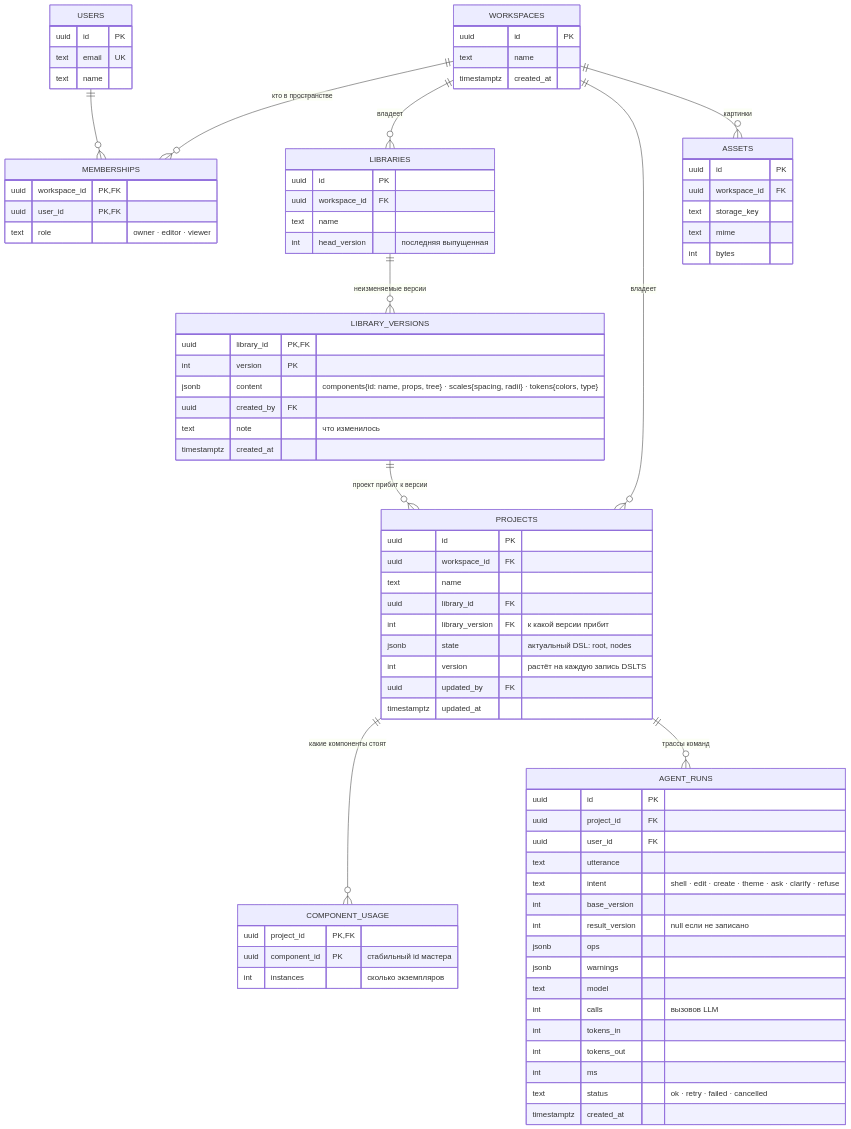
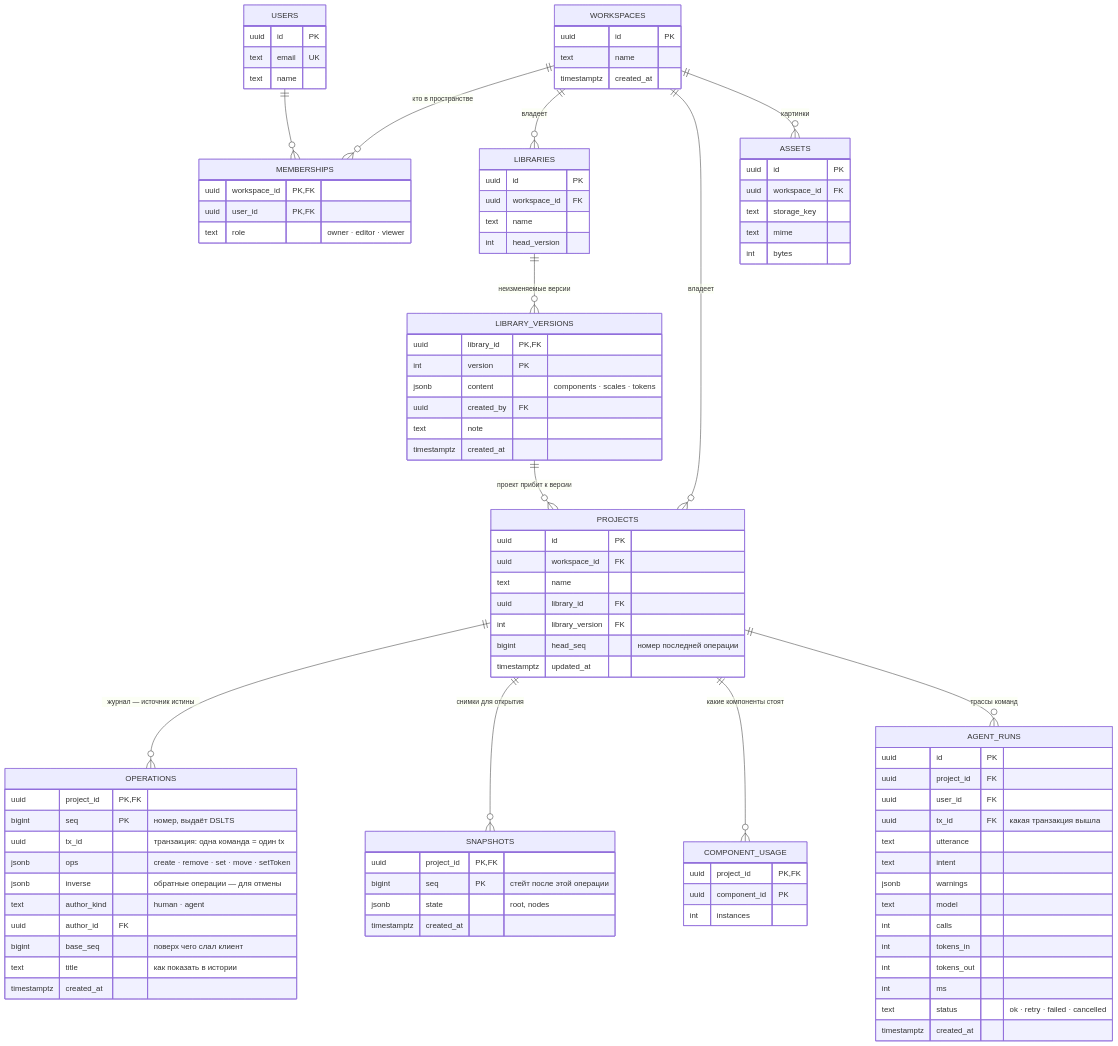
Before and after one commit to shinilornekora/Imago: the diagram in docs/06-схема-базы.mermaid, drawn with Mermaid. The commit also changed 2 other files, not shown here.

Commit message:
SPEC §8 и схемы: журнал операций вместо стейта — ради живой совместной работы
Пользователь пересмотрел решение: нужен быстрый отклик и «всё живое» для
нескольких человек. Журнал операций — источник истины, снимки — производная;
DSLTS — секвенсор: нумерует, перекладывает поверх опоздавших, дописывает,
рассылает; клиент применяет свои правки оптимистично, чужие — по мере прихода;
отмена — новая транзакция с обратными операциями; команды агента — в очередь
на проект. Схема базы: operations, snapshots, head_seq.

Claude-Session: https://claude.ai/code/session_01Pdjg2h5hxn7buaQJbkibpM

```diff
--- a/docs/06-схема-базы.mermaid
+++ b/docs/06-схема-базы.mermaid
@@ -1,81 +1,97 @@
 erDiagram
     WORKSPACES ||--o{ MEMBERSHIPS : "кто в пространстве"
     USERS ||--o{ MEMBERSHIPS : ""
     WORKSPACES ||--o{ LIBRARIES : "владеет"
     LIBRARIES ||--o{ LIBRARY_VERSIONS : "неизменяемые версии"
     WORKSPACES ||--o{ PROJECTS : "владеет"
     LIBRARY_VERSIONS ||--o{ PROJECTS : "проект прибит к версии"
+    PROJECTS ||--o{ OPERATIONS : "журнал — источник истины"
+    PROJECTS ||--o{ SNAPSHOTS : "снимки для открытия"
     PROJECTS ||--o{ COMPONENT_USAGE : "какие компоненты стоят"
     PROJECTS ||--o{ AGENT_RUNS : "трассы команд"
     WORKSPACES ||--o{ ASSETS : "картинки"
 
     WORKSPACES {
         uuid id PK
         text name
         timestamptz created_at
     }
     USERS {
         uuid id PK
         text email UK
         text name
     }
     MEMBERSHIPS {
         uuid workspace_id PK, FK
         uuid user_id PK, FK
         text role "owner · editor · viewer"
     }
     LIBRARIES {
         uuid id PK
         uuid workspace_id FK
         text name
-        int head_version "последняя выпущенная"
+        int head_version
     }
     LIBRARY_VERSIONS {
         uuid library_id PK, FK
         int version PK
-        jsonb content "components{id: name, props, tree} · scales{spacing, radii} · tokens{colors, type}"
+        jsonb content "components · scales · tokens"
         uuid created_by FK
-        text note "что изменилось"
+        text note
         timestamptz created_at
     }
     PROJECTS {
         uuid id PK
         uuid workspace_id FK
         text name
         uuid library_id FK
-        int library_version FK "к какой версии прибит"
-        jsonb state "актуальный DSL: root, nodes"
-        int version "растёт на каждую запись DSLTS"
-        uuid updated_by FK
+        int library_version FK
+        bigint head_seq "номер последней операции"
         timestamptz updated_at
+    }
+    OPERATIONS {
+        uuid project_id PK, FK
+        bigint seq PK "номер, выдаёт DSLTS"
+        uuid tx_id "транзакция: одна команда = один tx"
+        jsonb ops "create · remove · set · move · setToken"
+        jsonb inverse "обратные операции — для отмены"
+        text author_kind "human · agent"
+        uuid author_id FK
+        bigint base_seq "поверх чего слал клиент"
+        text title "как показать в истории"
+        timestamptz created_at
+    }
+    SNAPSHOTS {
+        uuid project_id PK, FK
+        bigint seq PK "стейт после этой операции"
+        jsonb state "root, nodes"
+        timestamptz created_at
     }
     COMPONENT_USAGE {
         uuid project_id PK, FK
-        uuid component_id PK "стабильный id мастера"
-        int instances "сколько экземпляров"
+        uuid component_id PK
+        int instances
     }
     ASSETS {
         uuid id PK
         uuid workspace_id FK
         text storage_key
         text mime
         int bytes
     }
     AGENT_RUNS {
         uuid id PK
         uuid project_id FK
         uuid user_id FK
+        uuid tx_id FK "какая транзакция вышла"
         text utterance
-        text intent "shell · edit · create · theme · ask · clarify · refuse"
-        int base_version
-        int result_version "null если не записано"
-        jsonb ops
+        text intent
         jsonb warnings
         text model
-        int calls "вызовов LLM"
+        int calls
         int tokens_in
         int tokens_out
         int ms
         text status "ok · retry · failed · cancelled"
         timestamptz created_at
     }
```
